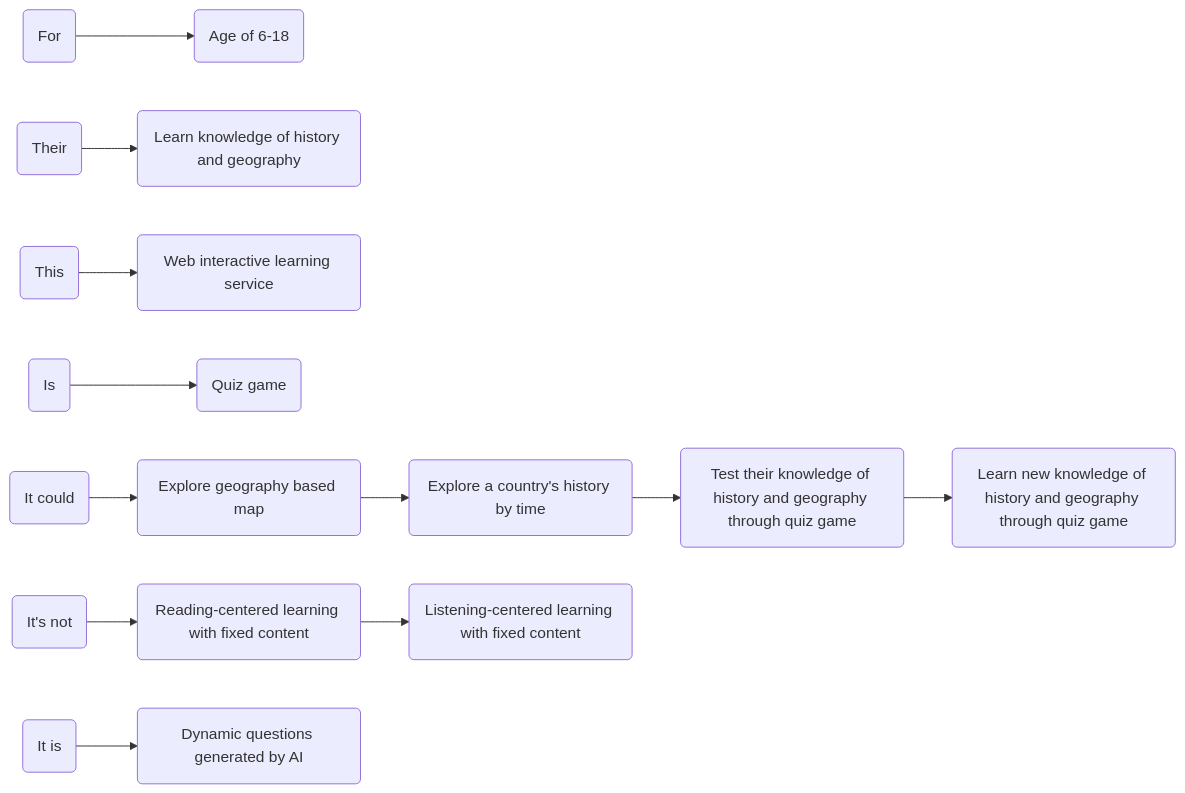
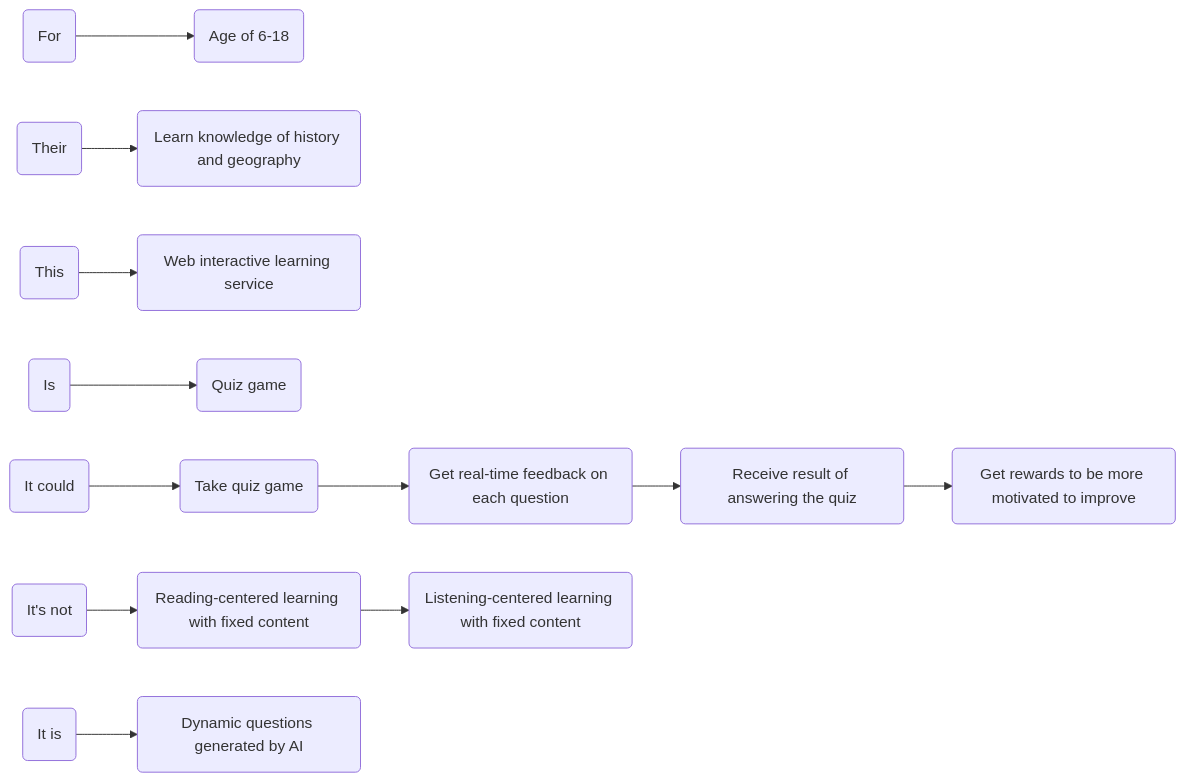
The diagram in _posts/2024-10-19-DDD3.md (zhumeisongsong/blog), drawn with Mermaid before and after one commit. The commit also changed other lines of this file, not shown here.

````diff
--- a/_posts/2024-10-19-DDD3.md
+++ b/_posts/2024-10-19-DDD3.md
@@ -62,14 +65,20 @@
 ```mermaid
 graph LR
 A(For) --> B(Age of 6-18)
+
 C(Their) --> D(Learn knowledge of history and geography)
+
 E(This) --> F(Web interactive learning service)
+
 G(Is) --> H(Quiz game)
-I(It could) --> J(Explore geography based map)
-J --> K(Explore a country's history by time)
-K --> L(Test their knowledge of history and geography through quiz game)
-L --> M(Learn new knowledge of history and geography through quiz game)
+
+I(It could) --> J(Take quiz game)
+J --> K(Get real-time feedback on each question)
+K --> L(Receive result of answering the quiz)
+L --> M(Get rewards to be more motivated to improve)
+
 N(It's not) --> O(Reading-centered learning with fixed content)
 O --> P(Listening-centered learning with fixed content)
+
 Q(It is) --> R(Dynamic questions generated by AI)
 ```
````
